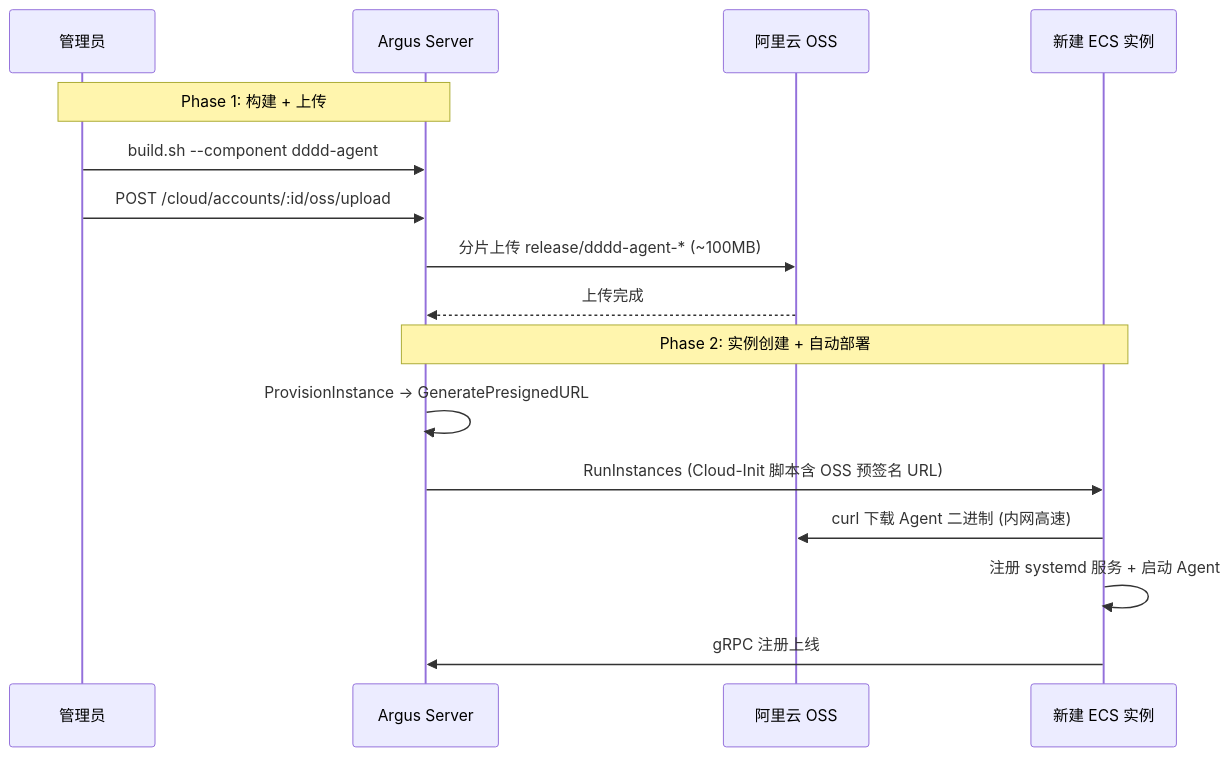
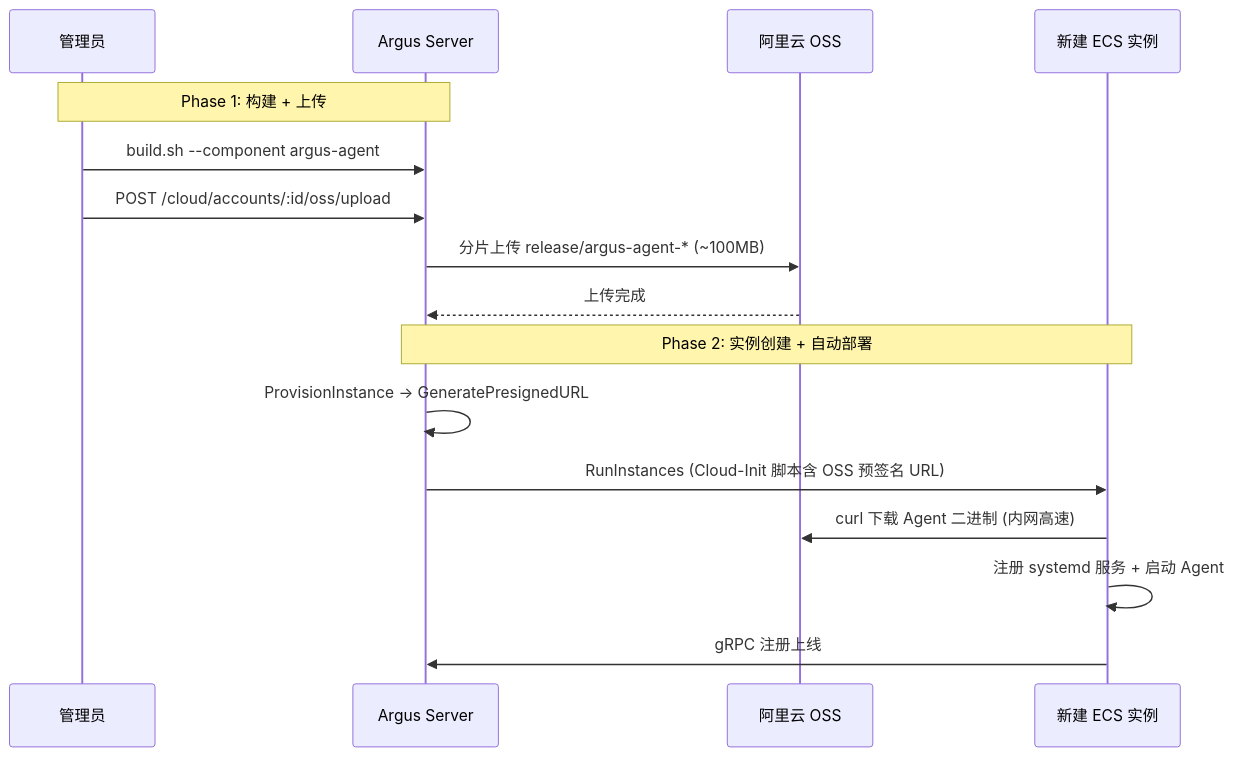
The second of 3 diagrams in docs/cloud-resource-scheduling.md (TokEat/argus), drawn with Mermaid before and after one commit. The commit also changed other lines of this file and 346 other files, not shown here.

````diff
--- a/docs/cloud-resource-scheduling.md
+++ b/docs/cloud-resource-scheduling.md
@@ -112,20 +112,20 @@
 ```mermaid
 sequenceDiagram
     participant Admin as 管理员
     participant Server as Argus Server
     participant OSS as 阿里云 OSS
     participant ECS as 新建 ECS 实例
 
     Note over Admin,Server: Phase 1: 构建 + 上传
-    Admin->>Server: build.sh --component dddd-agent
+    Admin->>Server: build.sh --component argus-agent
     Admin->>Server: POST /cloud/accounts/:id/oss/upload
-    Server->>OSS: 分片上传 release/dddd-agent-* (~100MB)
+    Server->>OSS: 分片上传 release/argus-agent-* (~100MB)
     OSS-->>Server: 上传完成
 
     Note over Server,ECS: Phase 2: 实例创建 + 自动部署
     Server->>Server: ProvisionInstance → GeneratePresignedURL
     Server->>ECS: RunInstances (Cloud-Init 脚本含 OSS 预签名 URL)
     ECS->>OSS: curl 下载 Agent 二进制 (内网高速)
     ECS->>ECS: 注册 systemd 服务 + 启动 Agent
     ECS->>Server: gRPC 注册上线
 ```
````
